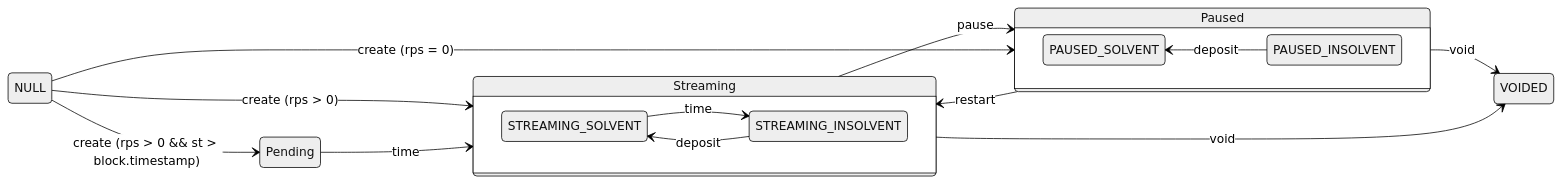
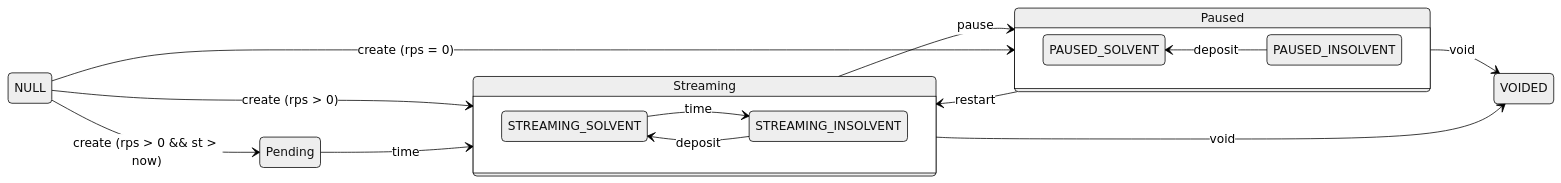
One commit to sablier-labs/flow changed the first of 8 diagrams in DIAGRAMS.md. Above: the diagram before and after it, drawn with Mermaid (neutral theme). The commit also changed other lines of this file, not shown here.

Commit message:
docs: say now instead of block.timestamp

````diff
--- a/DIAGRAMS.md
+++ b/DIAGRAMS.md
@@ -25,46 +25,46 @@
 ```mermaid
 stateDiagram-v2
     direction LR
 
     state Streaming {
         direction LR
         STREAMING_SOLVENT
         STREAMING_INSOLVENT --> STREAMING_SOLVENT : deposit
         STREAMING_SOLVENT --> STREAMING_INSOLVENT : time
     }
 
     state Paused {
         direction RL
         PAUSED_SOLVENT
         PAUSED_INSOLVENT --> PAUSED_SOLVENT : deposit
         PAUSED_INSOLVENT
     }
 
     Streaming --> Paused : pause
     Paused --> Streaming : restart
     Paused --> VOIDED : void
     Streaming --> VOIDED : void
 
     NULL --> Streaming : create (rps > 0)
-    NULL --> Pending : create (rps > 0 && st > block.timestamp)
+    NULL --> Pending : create (rps > 0 && st > now)
     Pending --> Streaming : time
     NULL --> Paused : create (rps = 0)
 
 
 
     Pending:::grey
     Paused:::lightYellow
     PAUSED_INSOLVENT:::intenseYellow
     PAUSED_SOLVENT:::intenseYellow
     Streaming:::lightGreen
     STREAMING_INSOLVENT:::intenseGreen
     STREAMING_SOLVENT:::intenseGreen
     VOIDED:::red
 
     classDef grey fill:#b0b0b0,stroke:#333,stroke-width:2px,color:#000,font-weight:bold;
     classDef intenseGreen fill:#32cd32,stroke:#333,stroke-width:2px,color:#000,font-weight:bold;
     classDef intenseYellow fill:#ffd700,color:#000,font-weight:bold;
     classDef lightGreen fill:#98FB98,color:#000,font-weight:bold;
     classDef lightYellow fill:#ffff99,color:#000,font-weight:bold;
     classDef red fill:#ff4e4e,stroke:#333,stroke-width:2px;
 ```
````
